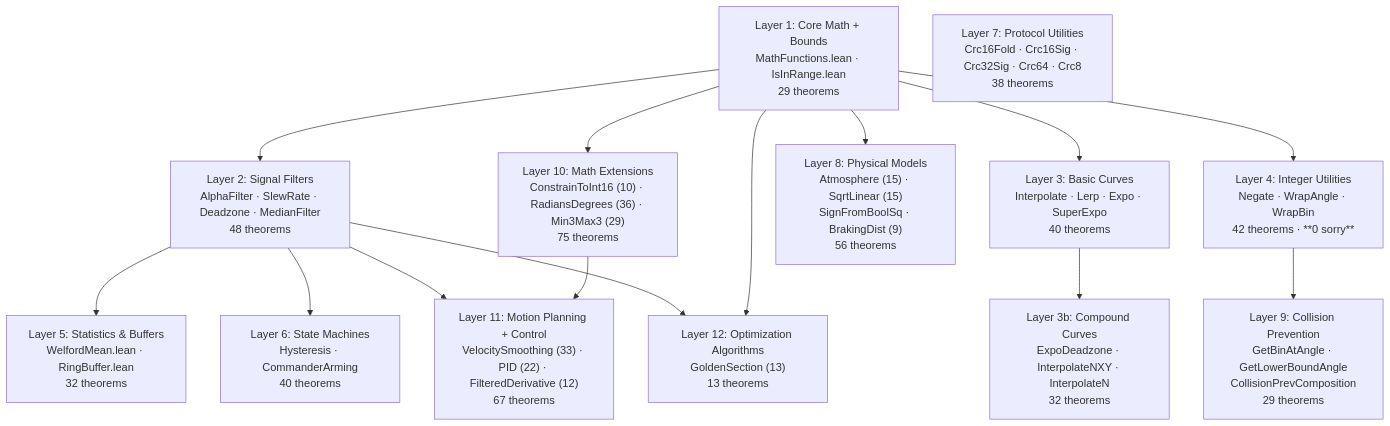
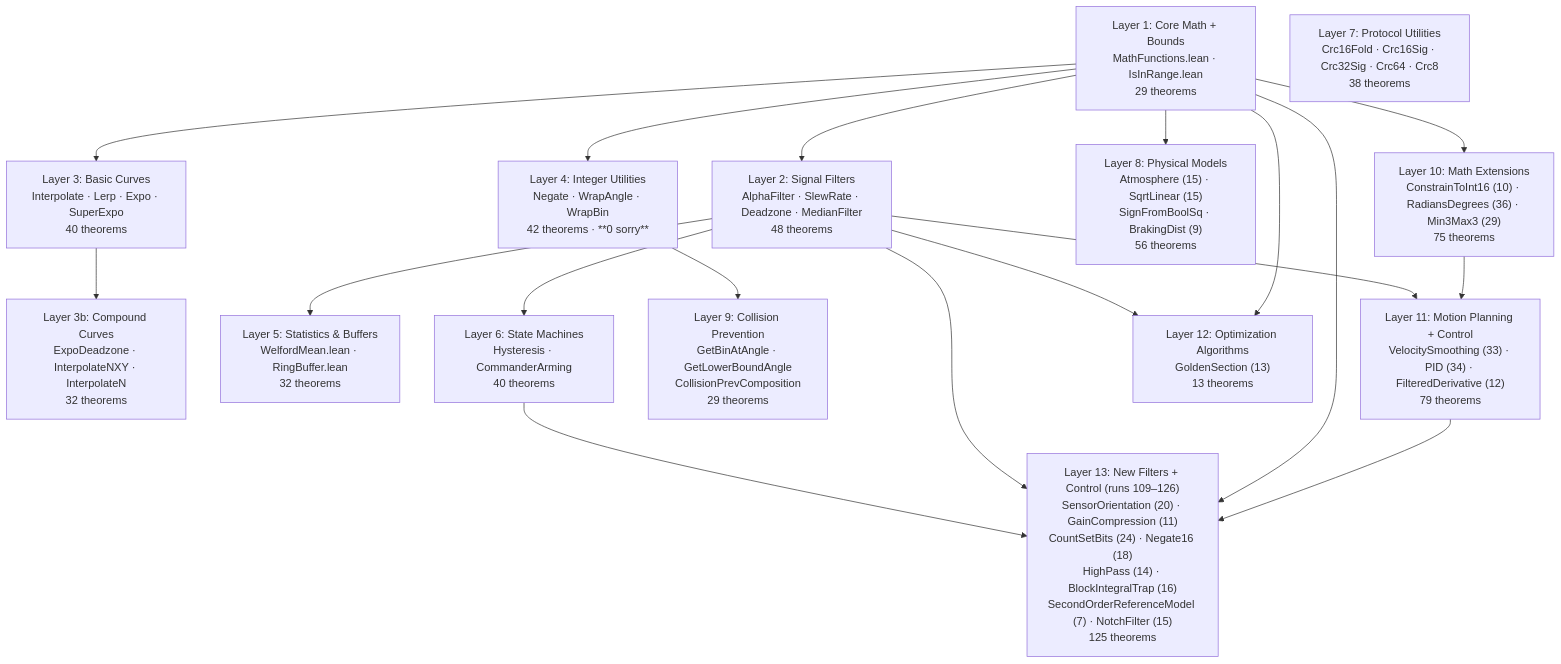
Before and after one commit to fsprojects/PX4-Autopilot: the first of 19 diagrams in formal-verification/REPORT.md, drawn with Mermaid. The commit also changed other lines of this file and 2 other files, not shown here.

````diff
--- a/formal-verification/REPORT.md
+++ b/formal-verification/REPORT.md
@@ -43,29 +49,34 @@
 ```mermaid
 graph TD
     L1["Layer 1: Core Math + Bounds<br/>MathFunctions.lean · IsInRange.lean<br/>29 theorems"]
     L2a["Layer 2: Signal Filters<br/>AlphaFilter · SlewRate · Deadzone · MedianFilter<br/>48 theorems"]
     L2b["Layer 3: Basic Curves<br/>Interpolate · Lerp · Expo · SuperExpo<br/>40 theorems"]
     L2c["Layer 3b: Compound Curves<br/>ExpoDeadzone · InterpolateNXY · InterpolateN<br/>32 theorems"]
     L4["Layer 4: Integer Utilities<br/>Negate · WrapAngle · WrapBin<br/>42 theorems · **0 sorry**"]
     L5["Layer 5: Statistics & Buffers<br/>WelfordMean.lean · RingBuffer.lean<br/>32 theorems"]
     L6["Layer 6: State Machines<br/>Hysteresis · CommanderArming<br/>40 theorems"]
     L7["Layer 7: Protocol Utilities<br/>Crc16Fold · Crc16Sig · Crc32Sig · Crc64 · Crc8<br/>38 theorems"]
     L8["Layer 8: Physical Models<br/>Atmosphere (15) · SqrtLinear (15)<br/>SignFromBoolSq · BrakingDist (9)<br/>56 theorems"]
     L9["Layer 9: Collision Prevention<br/>GetBinAtAngle · GetLowerBoundAngle<br/>CollisionPrevComposition<br/>29 theorems"]
     L10["Layer 10: Math Extensions<br/>ConstrainToInt16 (10) · RadiansDegrees (36) · Min3Max3 (29)<br/>75 theorems"]
-    L11["Layer 11: Motion Planning + Control<br/>VelocitySmoothing (33) · PID (22) · FilteredDerivative (12)<br/>67 theorems"]
+    L11["Layer 11: Motion Planning + Control<br/>VelocitySmoothing (33) · PID (34) · FilteredDerivative (12)<br/>79 theorems"]
     L12["Layer 12: Optimization Algorithms<br/>GoldenSection (13)<br/>13 theorems"]
+    L13["Layer 13: New Filters + Control (runs 109–126)<br/>SensorOrientation (20) · GainCompression (11)<br/>CountSetBits (24) · Negate16 (18)<br/>HighPass (14) · BlockIntegralTrap (16)<br/>SecondOrderReferenceModel (7) · NotchFilter (15)<br/>125 theorems"]
     L1 --> L2a
     L1 --> L2b
     L2b --> L2c
     L1 --> L4
     L2a --> L5
     L2a --> L6
     L1 --> L8
     L4 --> L9
     L1 --> L10
     L2a --> L11
     L10 --> L11
     L2a --> L12
     L1 --> L12
+    L6 --> L13
+    L2a --> L13
+    L1 --> L13
+    L11 --> L13
 ```
````
